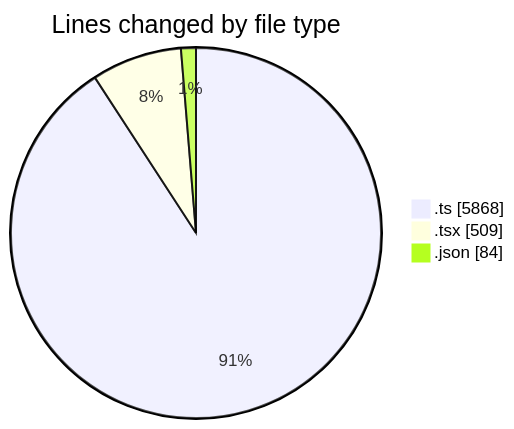
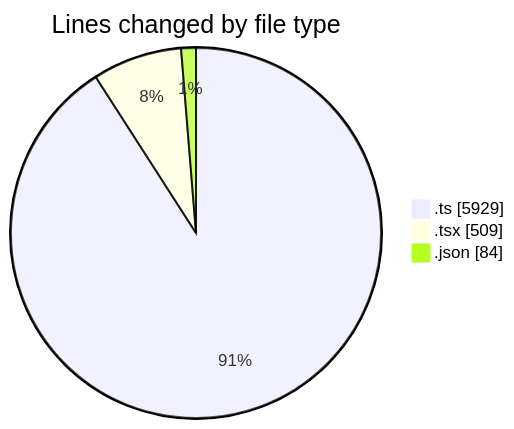
One commit to momahboobian/code-tracking changed the first of 2 diagrams in 2025-11-28/cda/README.md. Above: the diagram before and after it, drawn with Mermaid. The commit also changed other lines of this file and 1 other file, not shown here.

````diff
--- a/2025-11-28/cda/README.md
+++ b/2025-11-28/cda/README.md
@@ -26,7 +27,7 @@
 ```mermaid
 pie showData
 title Lines changed by file type
-".ts" : 5868
+".ts" : 5929
 ".tsx" : 509
 ".json" : 84
 ```
````
